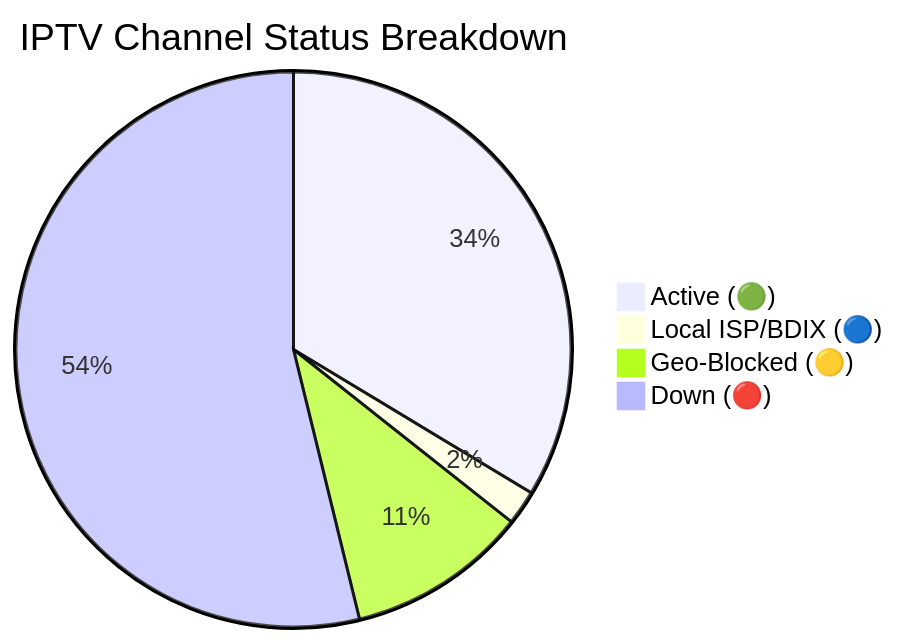
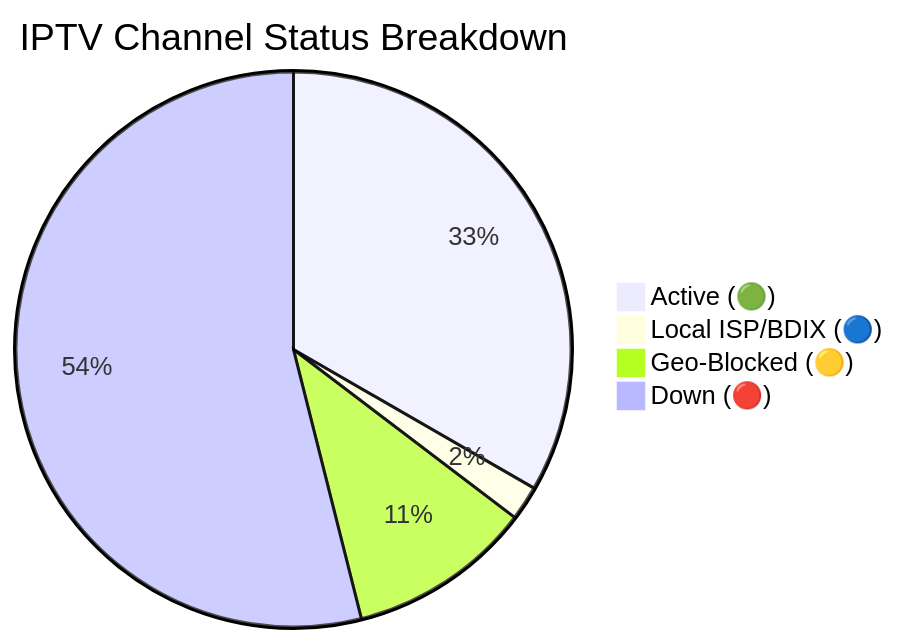
Before and after one commit to andreataylord/Ip-tv-Collection: the diagram in README.md, drawn with Mermaid. The commit also changed other lines of this file and 1 other file, not shown here.

Commit message:
docs(readme): auto-update daily channel status chart

````diff
--- a/README.md
+++ b/README.md
@@ -59,7 +59,7 @@
 ```mermaid
 pie title IPTV Channel Status Breakdown
-    "Active (🟢)" : 2138
+    "Active (🟢)" : 2118
     "Local ISP/BDIX (🔵)" : 128
-    "Geo-Blocked (🟡)" : 669
-    "Down (🔴)" : 3421
+    "Geo-Blocked (🟡)" : 682
+    "Down (🔴)" : 3428
 ```
````
